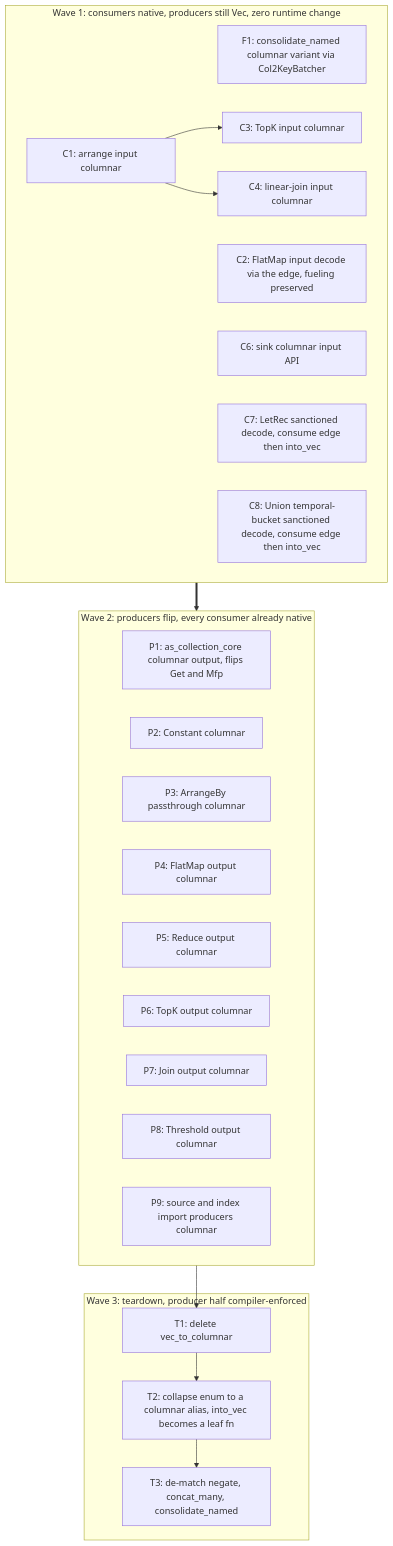
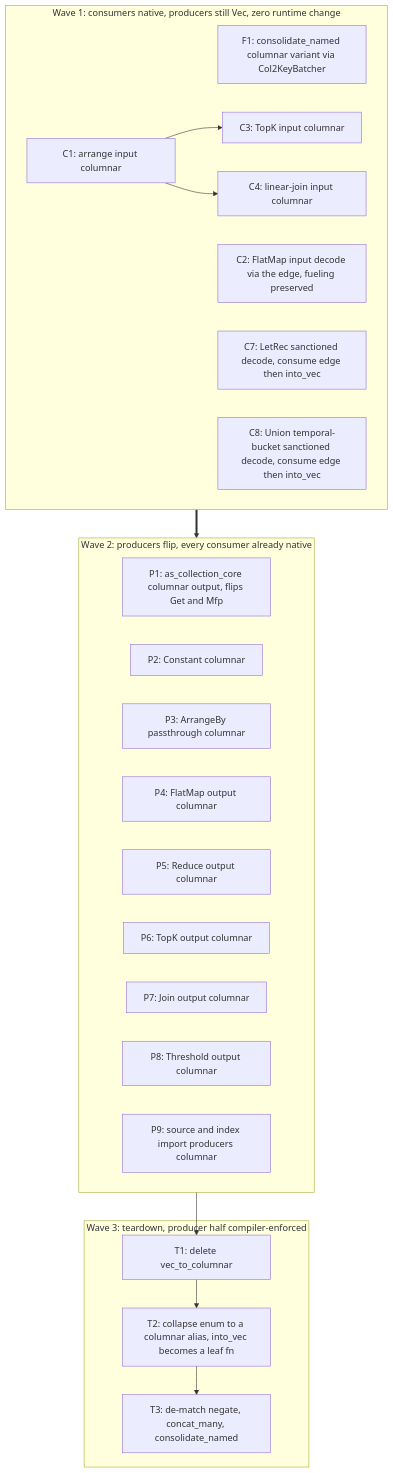
Before and after one commit to MaterializeInc/materialize: the diagram in doc/developer/design/20260720_columnar_dataflow_edges.md, drawn with Mermaid. The commit also changed other lines of this file, not shown here.

First line of the commit message:
doc: drop C6, sink already leaf-decodes the edge

````diff
--- a/doc/developer/design/20260720_columnar_dataflow_edges.md
+++ b/doc/developer/design/20260720_columnar_dataflow_edges.md
@@ -143,35 +143,34 @@
 ```mermaid
 graph TD
   subgraph Wave1["Wave 1: consumers native, producers still Vec, zero runtime change"]
     F1["F1: consolidate_named columnar variant via Col2KeyBatcher"]
     C1["C1: arrange input columnar"]
     C2["C2: FlatMap input decode via the edge, fueling preserved"]
     C3["C3: TopK input columnar"]
     C4["C4: linear-join input columnar"]
-    C6["C6: sink columnar input API"]
     C7["C7: LetRec sanctioned decode, consume edge then into_vec"]
     C8["C8: Union temporal-bucket sanctioned decode, consume edge then into_vec"]
   end
   subgraph Wave2["Wave 2: producers flip, every consumer already native"]
     P1["P1: as_collection_core columnar output, flips Get and Mfp"]
     P2["P2: Constant columnar"]
     P3["P3: ArrangeBy passthrough columnar"]
     P4["P4: FlatMap output columnar"]
     P5["P5: Reduce output columnar"]
     P6["P6: TopK output columnar"]
     P7["P7: Join output columnar"]
     P8["P8: Threshold output columnar"]
     P9["P9: source and index import producers columnar"]
   end
   subgraph Wave3["Wave 3: teardown, producer half compiler-enforced"]
     T1["T1: delete vec_to_columnar"]
     T2["T2: collapse enum to a columnar alias, into_vec becomes a leaf fn"]
     T3["T3: de-match negate, concat_many, consolidate_named"]
   end
   C1 --> C3
   C1 --> C4
   Wave1 ==> Wave2
   Wave2 --> T1
   T1 --> T2
   T2 --> T3
 ```
````
